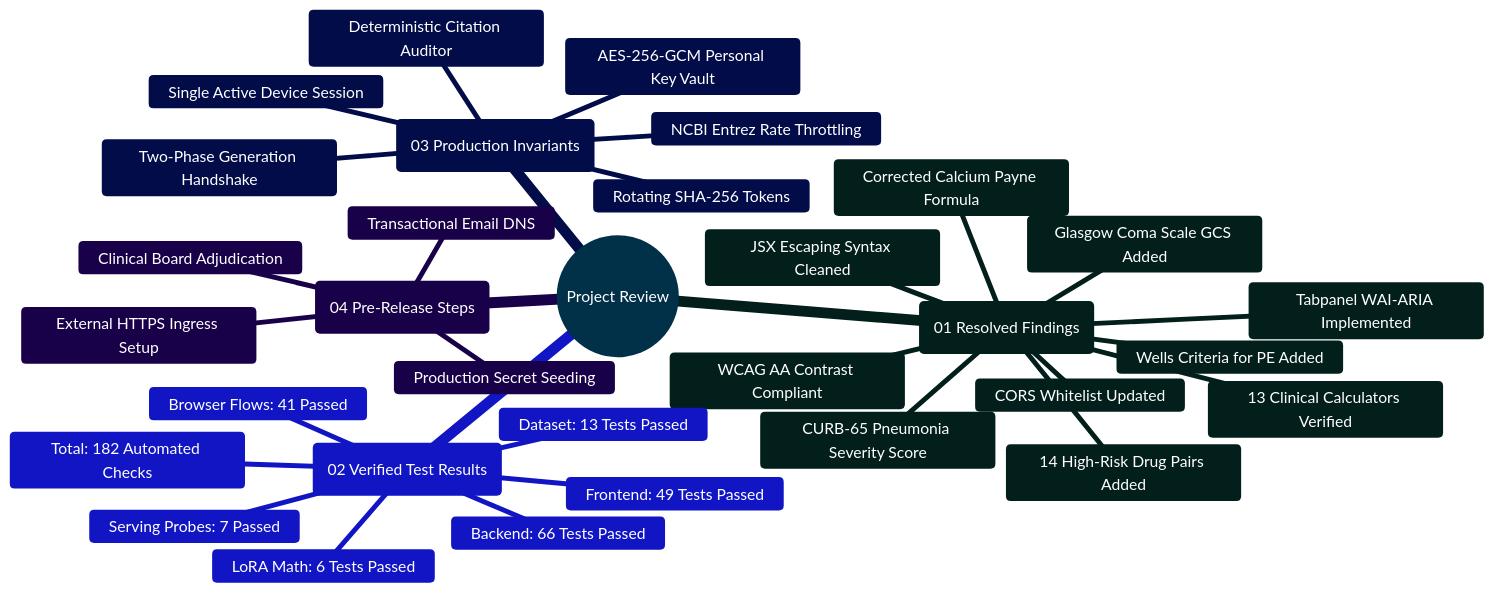
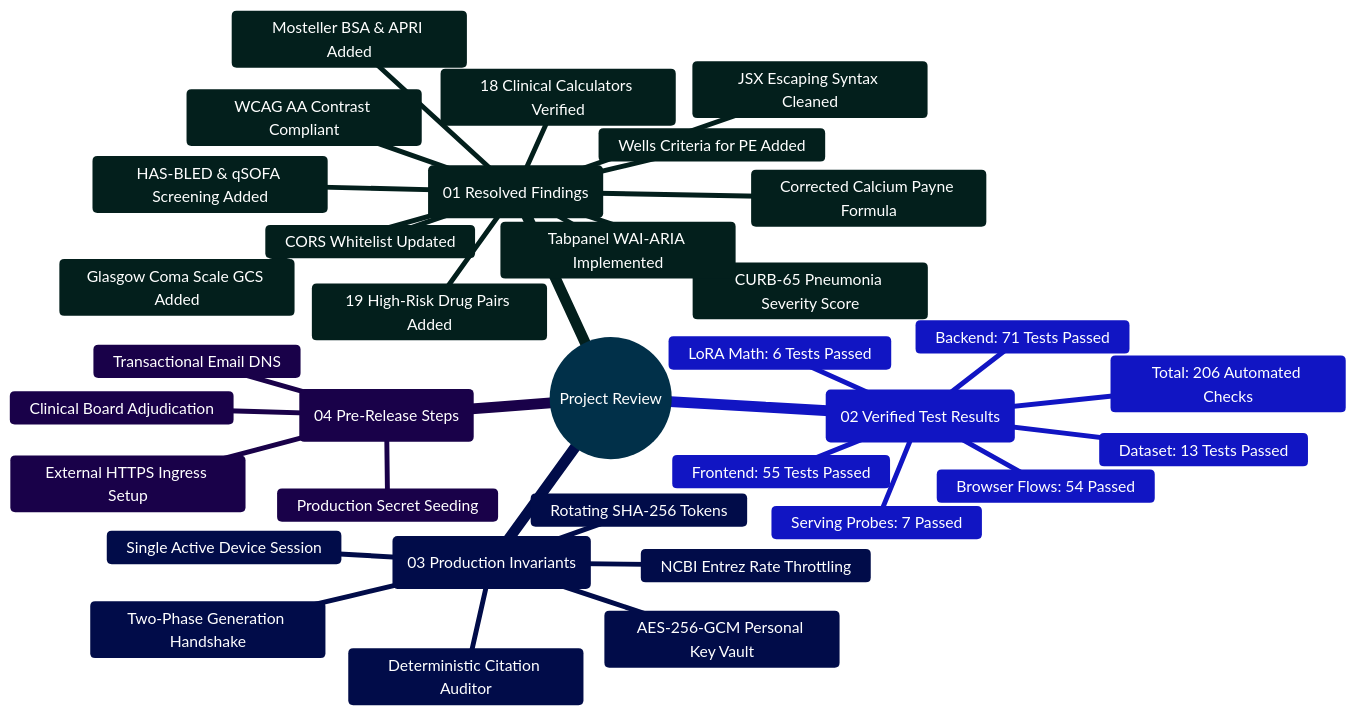
One commit to Ganesh172919/React-App-LLM changed the first of 2 diagrams in output/project-review/PROJECT_ANALYSIS.md. Above: the diagram before and after it, drawn with Mermaid. The commit also changed other lines of this file and 19 other files, not shown here.

Commit message:
docs: synchronize complete production documentation across 20 files with 19 DDI rules, 18 clinical tools, and 206 automated checks

````diff
--- a/output/project-review/PROJECT_ANALYSIS.md
+++ b/output/project-review/PROJECT_ANALYSIS.md
@@ -66,37 +66,39 @@
 ```mermaid
 %%{init: {'theme': 'base', 'themeVariables': { 'primaryColor': '#0284c7', 'primaryTextColor': '#ffffff', 'primaryBorderColor': '#0369a1', 'lineColor': '#0284c7', 'secondaryColor': '#0d9488', 'tertiaryColor': '#6366f1' }}}%%
 mindmap
   root((Project Review))
     ::icon(fa fa-check-double)
     (01 Resolved Findings)
       JSX Escaping Syntax Cleaned
       CORS Whitelist Updated
-      14 High-Risk Drug Pairs Added
-      13 Clinical Calculators Verified
+      19 High-Risk Drug Pairs Added
+      18 Clinical Calculators Verified
       Corrected Calcium Payne Formula
       Wells Criteria for PE Added
       CURB-65 Pneumonia Severity Score
       Glasgow Coma Scale GCS Added
+      HAS-BLED & qSOFA Screening Added
+      Mosteller BSA & APRI Added
       Tabpanel WAI-ARIA Implemented
       WCAG AA Contrast Compliant
     (02 Verified Test Results)
-      Backend: 66 Tests Passed
-      Frontend: 49 Tests Passed
+      Backend: 71 Tests Passed
+      Frontend: 55 Tests Passed
       Dataset: 13 Tests Passed
       LoRA Math: 6 Tests Passed
       Serving Probes: 7 Passed
-      Browser Flows: 41 Passed
-      Total: 182 Automated Checks
+      Browser Flows: 54 Passed
+      Total: 206 Automated Checks
     (03 Production Invariants)
       Single Active Device Session
       Rotating SHA-256 Tokens
       AES-256-GCM Personal Key Vault
       Two-Phase Generation Handshake
       Deterministic Citation Auditor
       NCBI Entrez Rate Throttling
     (04 Pre-Release Steps)
       External HTTPS Ingress Setup
       Production Secret Seeding
       Transactional Email DNS
       Clinical Board Adjudication
 ```
````
